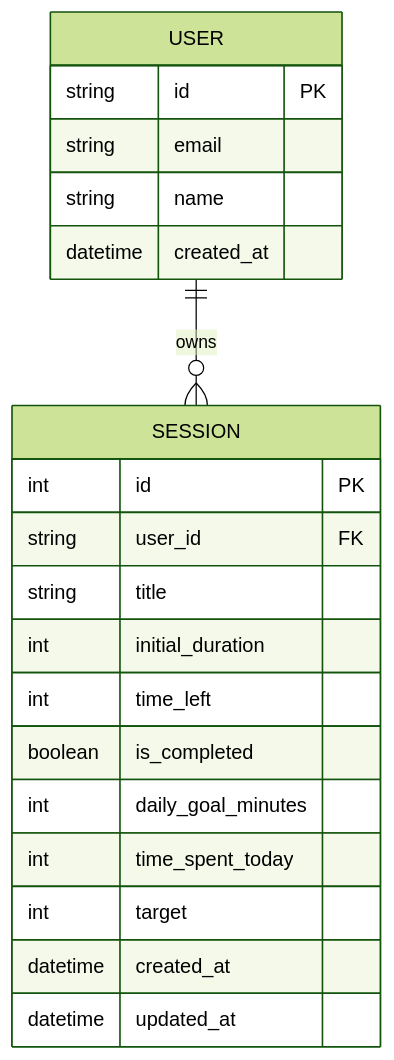
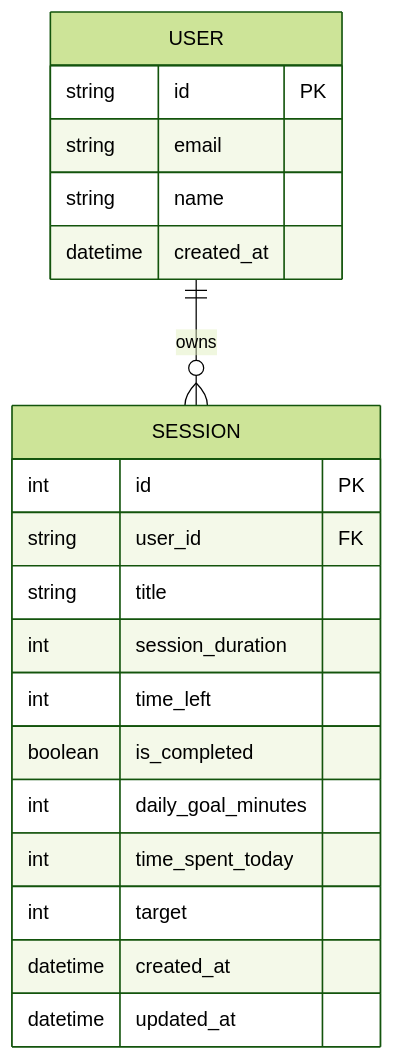
One commit to SheoranRavi/focus-flow changed the fourth of 7 diagrams in docs/diagrams.md. Above: the diagram before and after it, drawn with Mermaid (forest theme). The commit also changed other lines of this file and 9 other files, not shown here.

````diff
--- a/docs/diagrams.md
+++ b/docs/diagrams.md
@@ -64,25 +64,25 @@
 ```mermaid
 erDiagram
     USER ||--o{ SESSION : owns
 
     USER {
         string id PK
         string email
         string name
         datetime created_at
     }
 
     SESSION {
         int id PK
         string user_id FK
         string title
-        int initial_duration
+        int session_duration
         int time_left
         boolean is_completed
         int daily_goal_minutes
         int time_spent_today
         int target
         datetime created_at
         datetime updated_at
     }
 ```
````
